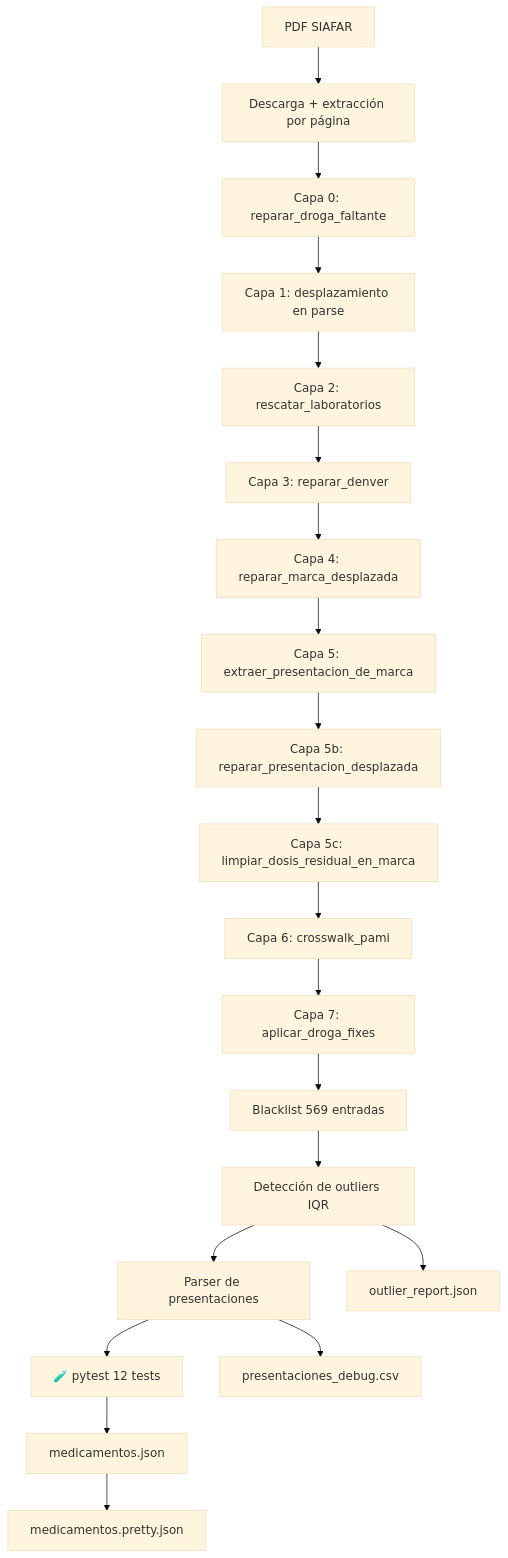
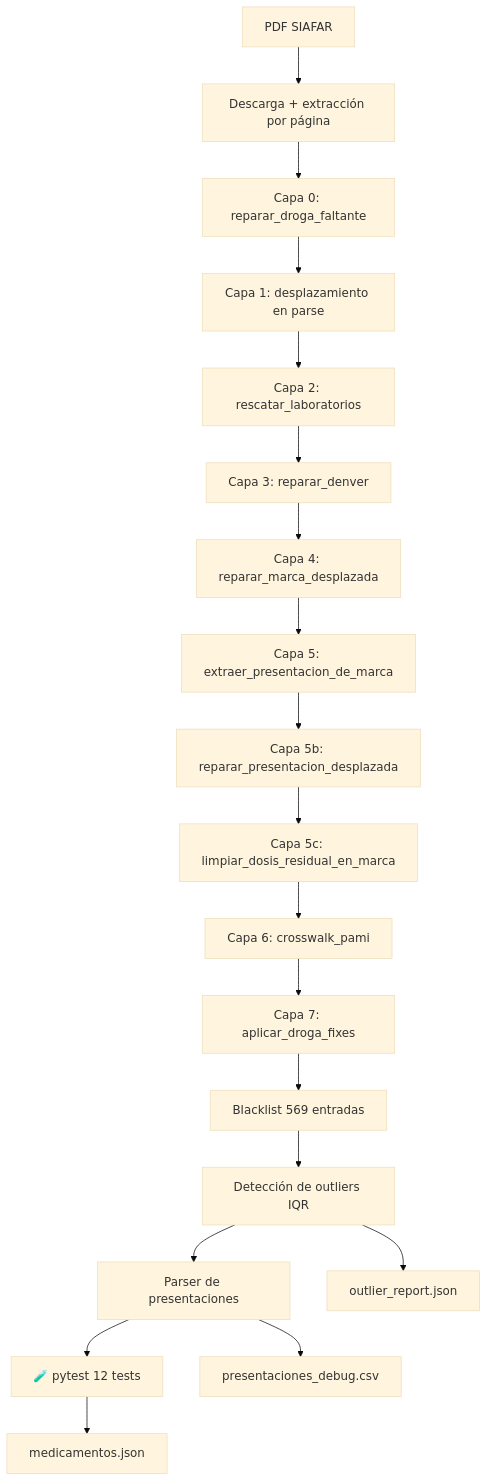
One commit to psbella/remediar changed the fourth of 9 diagrams in README.md. Above: the diagram before and after it, drawn with Mermaid (base theme). The commit also changed other lines of this file, not shown here.

````diff
--- a/README.md
+++ b/README.md
@@ -902,44 +894,42 @@
 ```mermaid
 flowchart TD
 
     A[PDF SIAFAR]
     B[Descarga + extracción por página]
     C0[Capa 0: reparar_droga_faltante]
     C1[Capa 1: desplazamiento en parse]
     C2[Capa 2: rescatar_laboratorios]
     C3[Capa 3: reparar_denver]
     C4[Capa 4: reparar_marca_desplazada]
     C5[Capa 5: extraer_presentacion_de_marca]
     C5B[Capa 5b: reparar_presentacion_desplazada]
     C5C[Capa 5c: limpiar_dosis_residual_en_marca]
     C6[Capa 6: crosswalk_pami]
     C7[Capa 7: aplicar_droga_fixes]
     BL[Blacklist 569 entradas]
     OUT[Detección de outliers IQR]
     PRES[Parser de presentaciones]
     T[🧪 pytest 12 tests]
     JSON[medicamentos.json]
-    PRETTY[medicamentos.pretty.json]
     DEBUG[presentaciones_debug.csv]
     REPORT[outlier_report.json]
 
     A --> B
     B --> C0
     C0 --> C1
     C1 --> C2
     C2 --> C3
     C3 --> C4
     C4 --> C5
     C5 --> C5B
     C5B --> C5C
     C5C --> C6
     C6 --> C7
     C7 --> BL
     BL --> OUT
     OUT --> PRES
     PRES --> T
     T --> JSON
-    JSON --> PRETTY
     PRES --> DEBUG
     OUT --> REPORT
 ```
````
